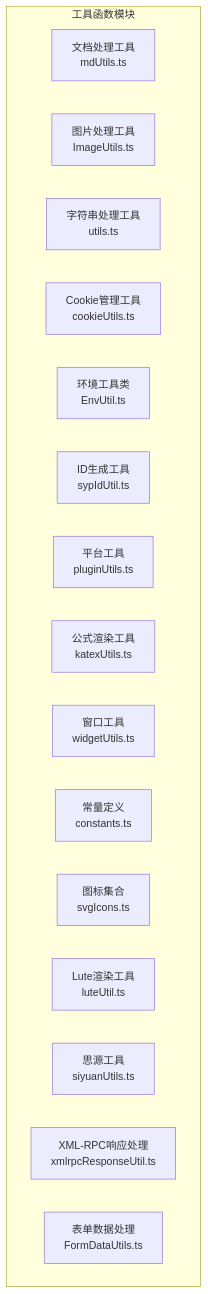
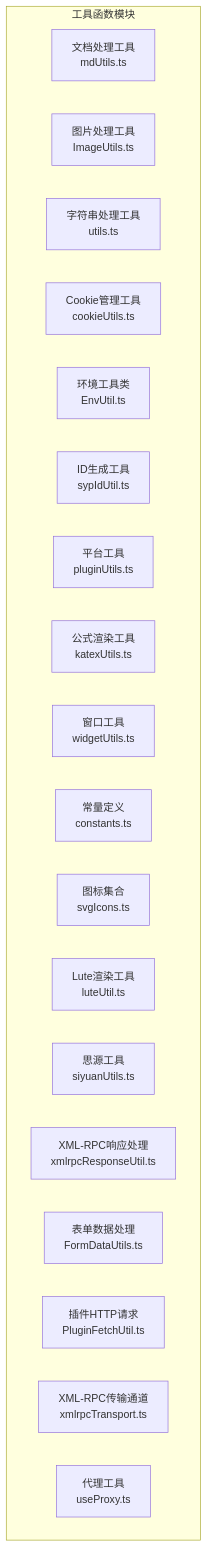
The first of 9 diagrams in .qoder/repowiki/zh/content/API参考文档/工具函数API/工具函数API.md (terwer/siyuan-plugin-publisher), drawn with Mermaid before and after one commit. The commit also changed other lines of this file and 15 other files, not shown here.

First line of the commit message:
refactor(proxy): redesign form upload transport to unified top-level architecture

````diff
--- a/.qoder/repowiki/zh/content/API参考文档/工具函数API/工具函数API.md
+++ b/.qoder/repowiki/zh/content/API参考文档/工具函数API/工具函数API.md
@@ -51,20 +56,23 @@
 ```mermaid
 graph TB
 subgraph "工具函数模块"
 A[文档处理工具<br/>mdUtils.ts]
 B[图片处理工具<br/>ImageUtils.ts]
 C[字符串处理工具<br/>utils.ts]
 D[Cookie管理工具<br/>cookieUtils.ts]
 E[环境工具类<br/>EnvUtil.ts]
 F[ID生成工具<br/>sypIdUtil.ts]
 G[平台工具<br/>pluginUtils.ts]
 H[公式渲染工具<br/>katexUtils.ts]
 I[窗口工具<br/>widgetUtils.ts]
 J[常量定义<br/>constants.ts]
 K[图标集合<br/>svgIcons.ts]
 L[Lute渲染工具<br/>luteUtil.ts]
 M[思源工具<br/>siyuanUtils.ts]
 N[XML-RPC响应处理<br/>xmlrpcResponseUtil.ts]
 O[表单数据处理<br/>FormDataUtils.ts]
+P[插件HTTP请求<br/>PluginFetchUtil.ts]
+Q[XML-RPC传输通道<br/>xmlrpcTransport.ts]
+R[代理工具<br/>useProxy.ts]
 end
 ```
````
